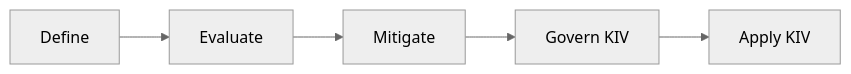
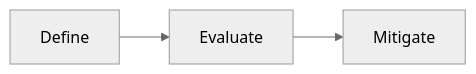
The diagram in website/docs/start-here/getting-started.md (govtech-responsibleai/playbook), drawn with Mermaid (neutral theme) before and after one commit. The commit also changed other lines of this file and 31 other files, not shown here.

````diff
--- a/website/docs/start-here/getting-started.md
+++ b/website/docs/start-here/getting-started.md
@@ -51,7 +81,5 @@
 ```mermaid
 flowchart LR
   define[Define] --> evaluate[Evaluate]
   evaluate --> mitigate[Mitigate]
-  mitigate --> govern[Govern KIV]
-  govern --> apply[Apply KIV]
 ```
````
